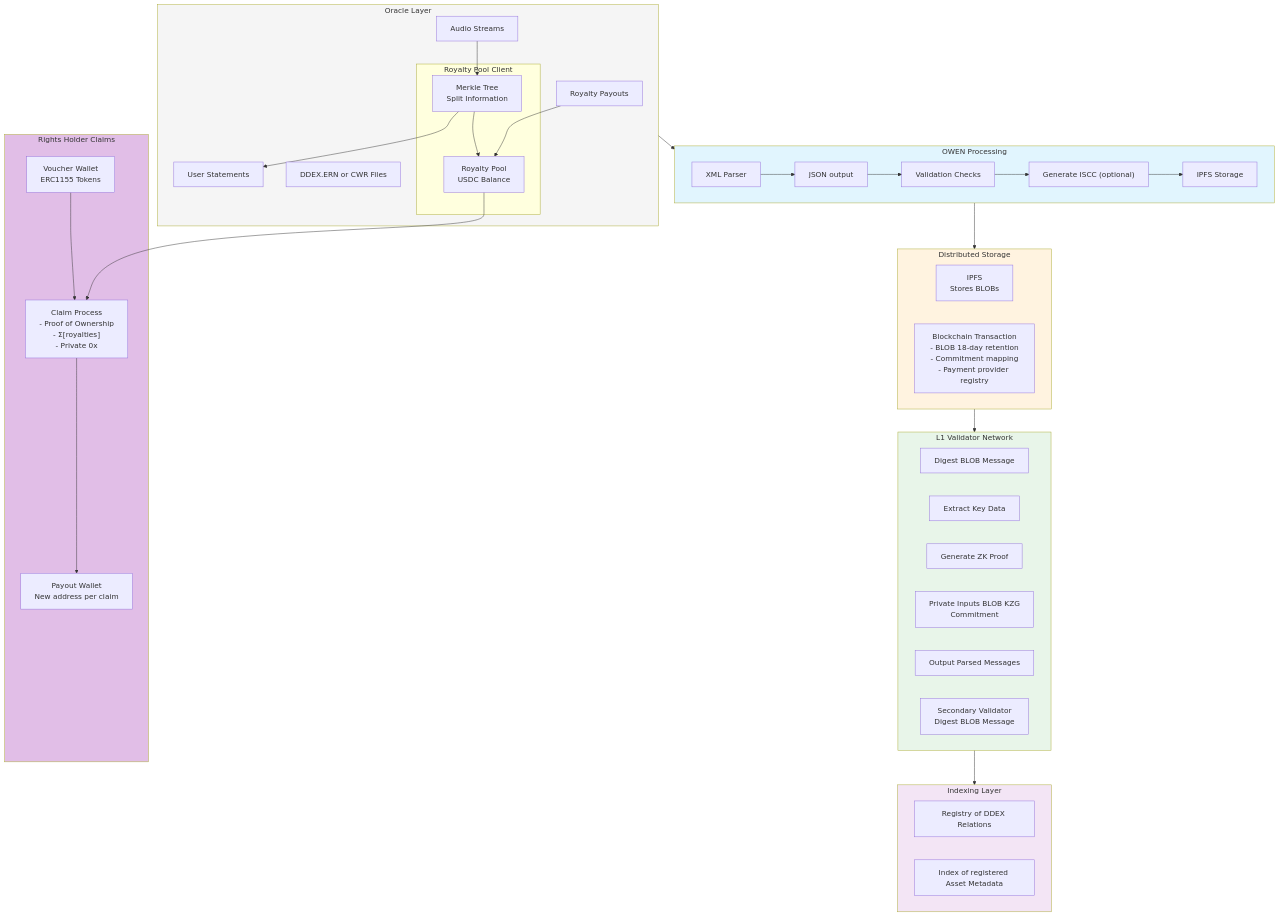
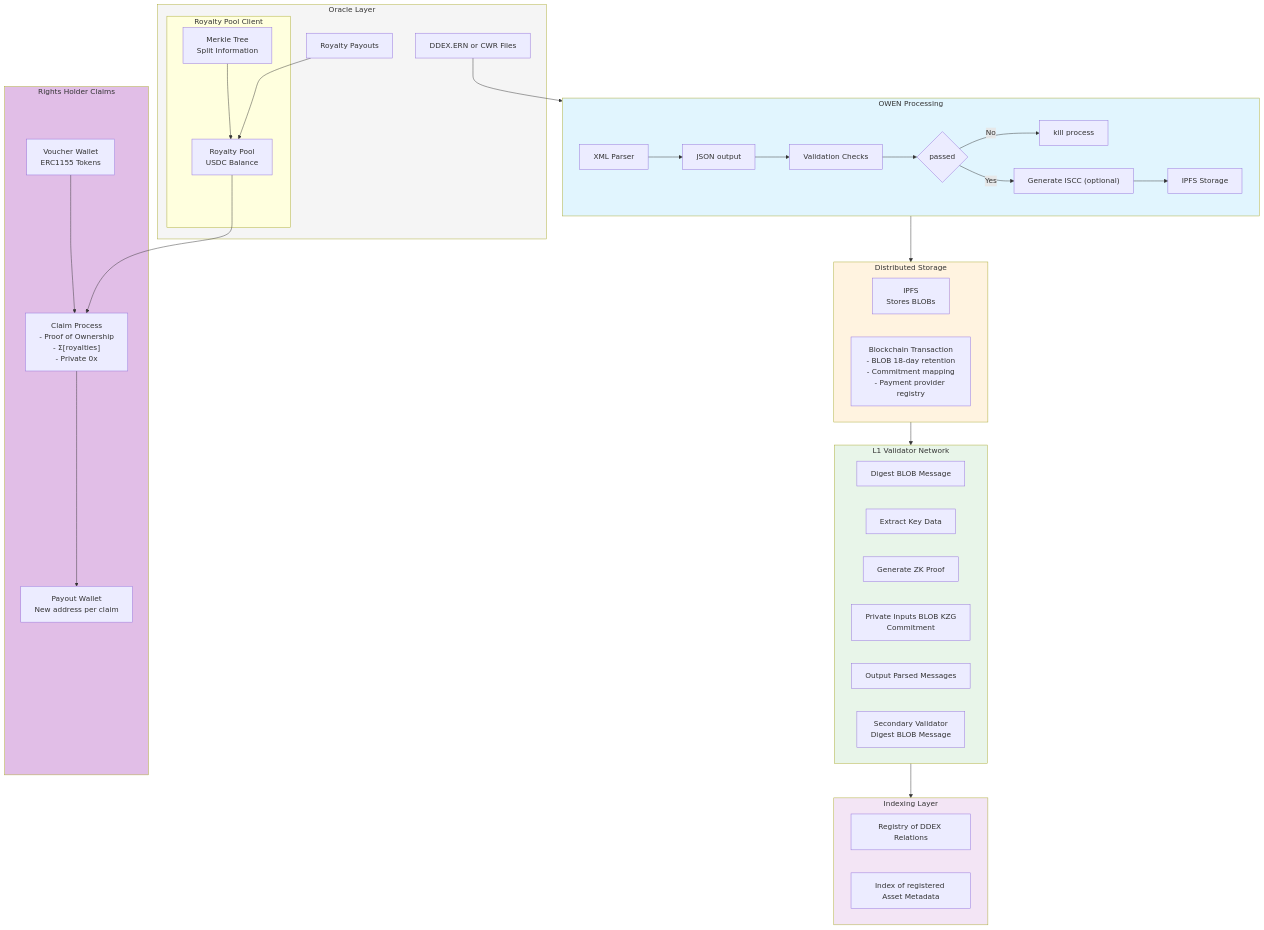
One commit to originalworks/protocol changed the diagram in OWN-main-flow.md. Above: the diagram before and after it, drawn with Mermaid.

````diff
--- a/OWN-main-flow.md
+++ b/OWN-main-flow.md
@@ -1,75 +1,73 @@
 ```mermaid
 flowchart TB
     subgraph Oracle["Oracle Layer"]
         input1["DDEX.ERN or CWR Files"]
-        input2["Audio Streams"]
         input3["Royalty Payouts"]
-        statements["User Statements"]
         
         subgraph RoyaltyClient["Royalty Pool Client"]
             merkle["Merkle Tree\nSplit Information"]
             pool["Royalty Pool\nUSDC Balance"]
         end
 
-        input2 --> merkle
-        merkle --> statements
         input3 --> pool
     end
 
     subgraph OWEN["OWEN Processing"]
         parse["XML Parser"]
         convert["JSON output"]
         check["Validation Checks"]
+        passed{"passed"}
+        kill["kill process"]
         generate["Generate ISCC (optional)"]
         ipfs["IPFS Storage"]
     
         parse --> convert
         convert --> check
-        check --> generate
+        check --> passed
+        passed -->|No| kill
+        passed -->|Yes| generate
         generate --> ipfs
     end
 
     subgraph Storage["Distributed Storage"]
         ipfsStore["IPFS\nStores BLOBs"]
         blobContract["Blockchain Transaction\n- BLOB 18-day retention\n- Commitment mapping\n- Payment provider registry"]
     end
 
     subgraph ValidatorNetwork["L1 Validator Network"]
         digest1["Digest BLOB Message"]
         extract["Extract Key Data"]
         zkproof["Generate ZK Proof"]
         commit["Private Inputs BLOB KZG\nCommitment"]
         output["Output Parsed Messages"]
         digest2["Secondary Validator\nDigest BLOB Message"]
     end
 
     subgraph Index["Indexing Layer"]
         registry["Registry of DDEX Relations"]
         metadata["Index of registered Asset Metadata"]
     end
 
     subgraph RightsClaims["Rights Holder Claims"]
         voucher["Voucher Wallet\nERC1155 Tokens"]
         claim["Claim Process\n- Proof of Ownership\n- Σ[royalties]\n- Private 0x"]
         payout["Payout Wallet\nNew address per claim"]
     end
 
-    Oracle --> OWEN
+    input1 --> OWEN
     OWEN --> Storage
     Storage --> ValidatorNetwork
     ValidatorNetwork --> Index
     
     merkle --> pool
     pool --> claim
     voucher --> claim
     claim --> payout
     
     style Oracle fill:#f5f5f5
     style OWEN fill:#e1f5fe
     style Storage fill:#fff3e0
     style ValidatorNetwork fill:#e8f5e9
     style Index fill:#f3e5f5
     style RightsClaims fill:#e1bee7
-
-
 ```
````
